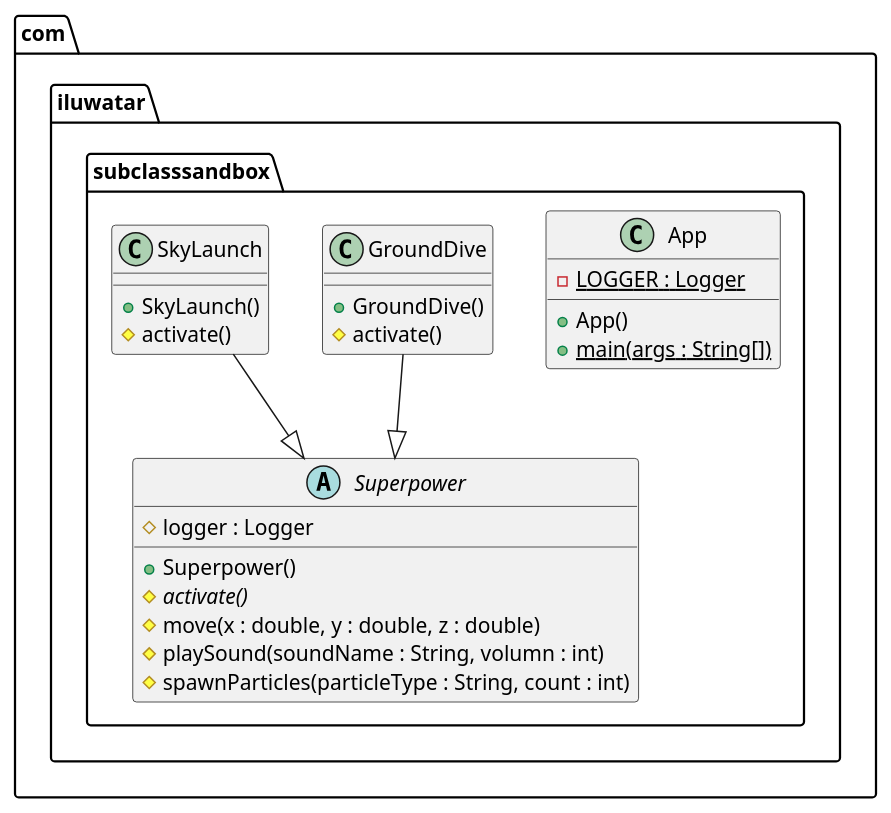
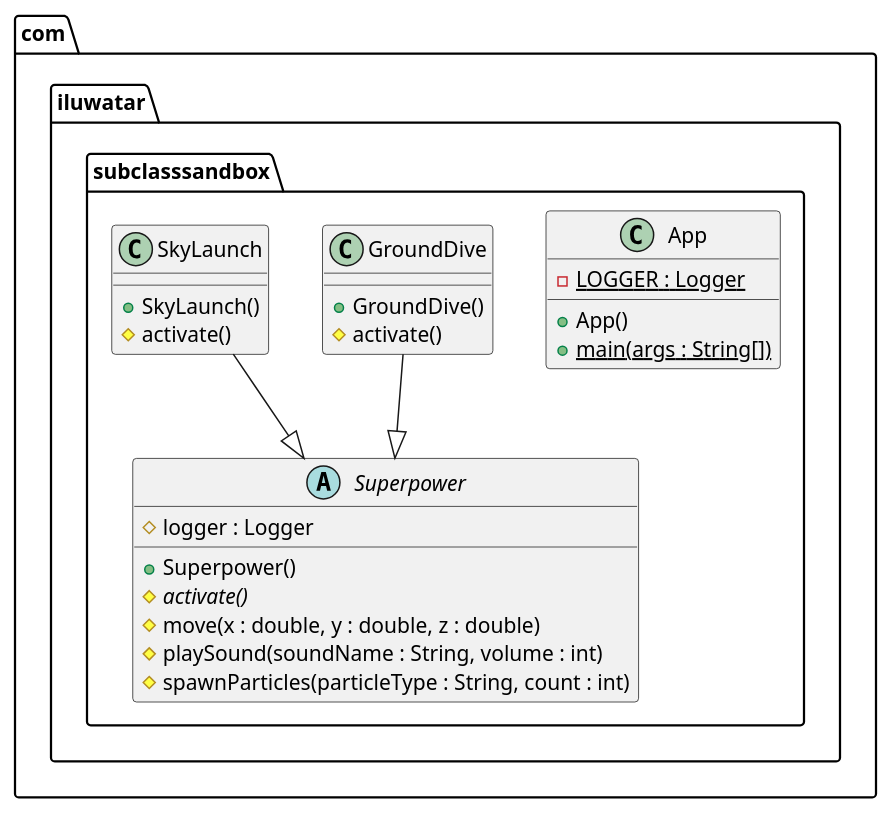
Before and after one commit to iluwatar/java-design-patterns: the diagram in subclass-sandbox/etc/subclass-sandbox.urm.puml, drawn with PlantUML. The commit also changed 29 other files, not shown here.

```diff
--- a/subclass-sandbox/etc/subclass-sandbox.urm.puml
+++ b/subclass-sandbox/etc/subclass-sandbox.urm.puml
@@ -1,27 +1,27 @@
 @startuml
 package com.iluwatar.subclasssandbox {
   class App {
     - LOGGER : Logger {static}
     + App()
     + main(args : String[]) {static}
   }
   class GroundDive {
     + GroundDive()
     # activate()
   }
   class SkyLaunch {
     + SkyLaunch()
     # activate()
   }
   abstract class Superpower {
     # logger : Logger
     + Superpower()
     # activate() {abstract}
     # move(x : double, y : double, z : double)
-    # playSound(soundName : String, volumn : int)
+    # playSound(soundName : String, volume : int)
     # spawnParticles(particleType : String, count : int)
   }
 }
 GroundDive --|> Superpower 
 SkyLaunch --|> Superpower 
 @enduml
```
